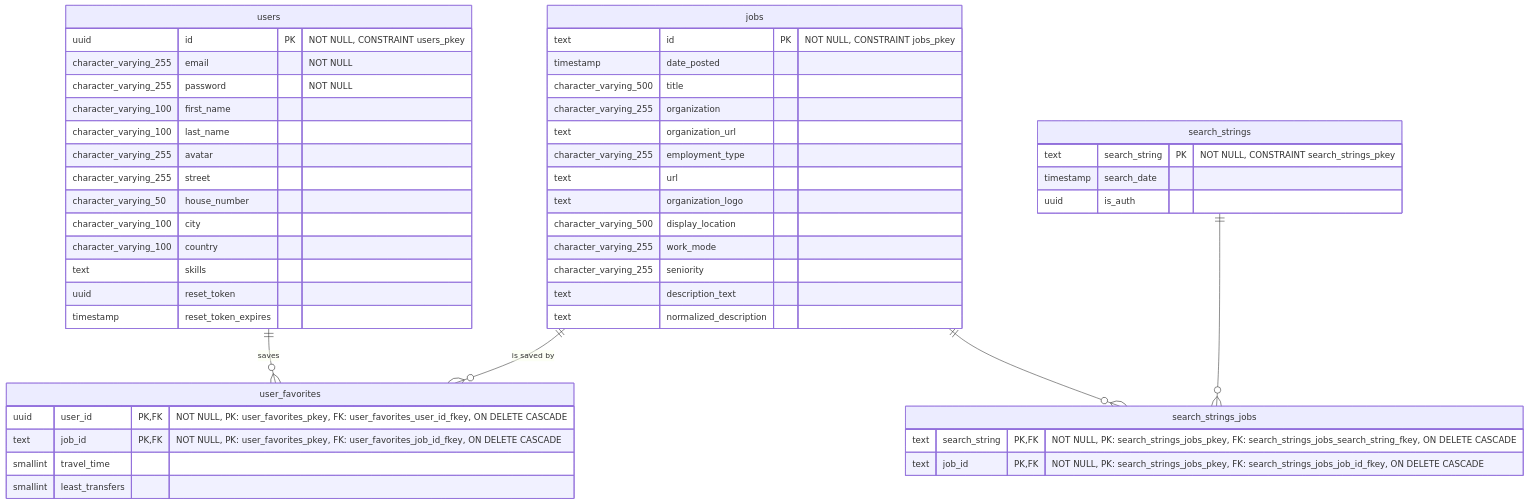
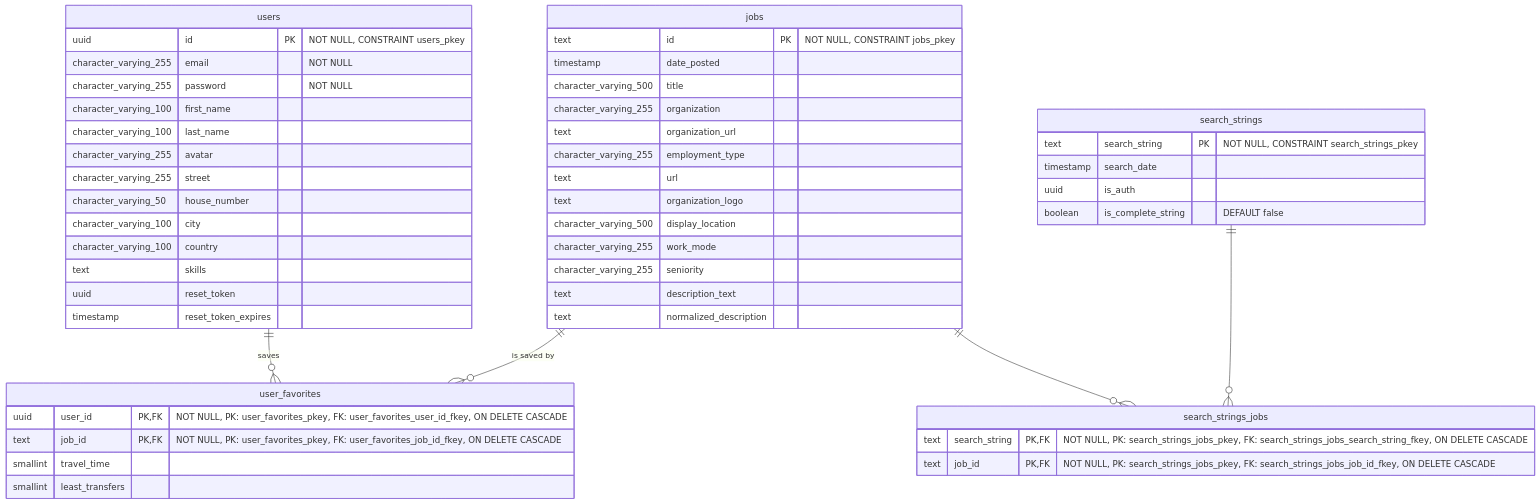
One commit to YahyaAl-Ademi/2025.10.23-JobCompass changed the diagram in documentation/ERD.md. Above: the diagram before and after it, drawn with Mermaid. The commit also changed 1 other file, not shown here.

Commit message:
Add is_complete_string column to search_strings table and update ERD

````diff
--- a/documentation/ERD.md
+++ b/documentation/ERD.md
@@ -5,57 +5,58 @@
 ```mermaid
 erDiagram
     users ||--o{ user_favorites : "saves"
     jobs ||--o{ user_favorites : "is saved by"
     search_strings ||--o{ search_strings_jobs : ""
     jobs ||--o{ search_strings_jobs : ""
 
     users {
         uuid id PK "NOT NULL, CONSTRAINT users_pkey"
         character_varying_255 email "NOT NULL"
         character_varying_255 password "NOT NULL"
         character_varying_100 first_name
         character_varying_100 last_name
         character_varying_255 avatar
         character_varying_255 street
         character_varying_50 house_number
         character_varying_100 city
         character_varying_100 country
         text skills
         uuid reset_token
         timestamp reset_token_expires
     }
 
     jobs {
         text id PK "NOT NULL, CONSTRAINT jobs_pkey"
         timestamp date_posted
         character_varying_500 title
         character_varying_255 organization
         text organization_url
         character_varying_255 employment_type
         text url
         text organization_logo
         character_varying_500 display_location
         character_varying_255 work_mode
         character_varying_255 seniority
         text description_text
         text normalized_description
     }
 
     user_favorites {
         uuid user_id PK,FK "NOT NULL, PK: user_favorites_pkey, FK: user_favorites_user_id_fkey, ON DELETE CASCADE"
         text job_id PK,FK "NOT NULL, PK: user_favorites_pkey, FK: user_favorites_job_id_fkey, ON DELETE CASCADE"
         smallint travel_time
         smallint least_transfers
     }
 
     search_strings {
         text search_string PK "NOT NULL, CONSTRAINT search_strings_pkey"
         timestamp search_date
         uuid is_auth
+        boolean is_complete_string "DEFAULT false"
     }
 
     search_strings_jobs {
         text search_string PK,FK "NOT NULL, PK: search_strings_jobs_pkey, FK: search_strings_jobs_search_string_fkey, ON DELETE CASCADE"
         text job_id PK,FK "NOT NULL, PK: search_strings_jobs_pkey, FK: search_strings_jobs_job_id_fkey, ON DELETE CASCADE"
     }
 ```
````
